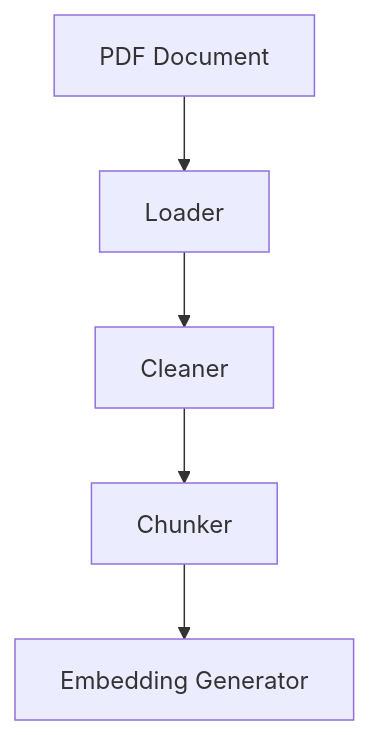
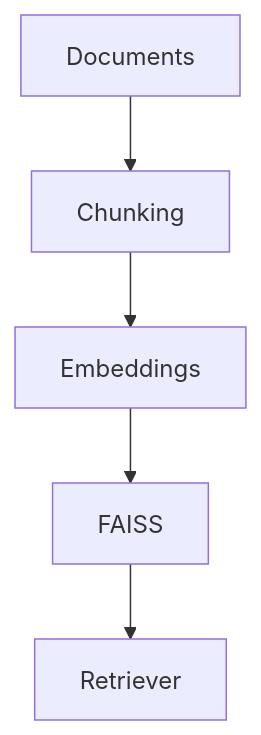
One commit to Vimthic/AI-Document-Assistant changed the diagram in README.md. Above: the diagram before and after it, drawn with Mermaid. The commit also changed 4 other files, not shown here.

Commit message:
Indexed company documents into FAISS and tested semantic retrieval

````diff
--- a/README.md
+++ b/README.md
@@ -48,7 +48,7 @@
 ```mermaid
 graph TD
-    PDF[PDF Document] --> Loader[Loader]
-    Loader --> Cleaner[Cleaner]
-    Cleaner --> Chunker[Chunker]
-    Chunker --> Embedder[Embedding Generator]
+    Documents[Documents] --> Chunking[Chunking]
+    Chunking --> Embeddings[Embeddings]
+    Embeddings --> FAISS[FAISS]
+    FAISS --> Retriever[Retriever]
 ```
````
